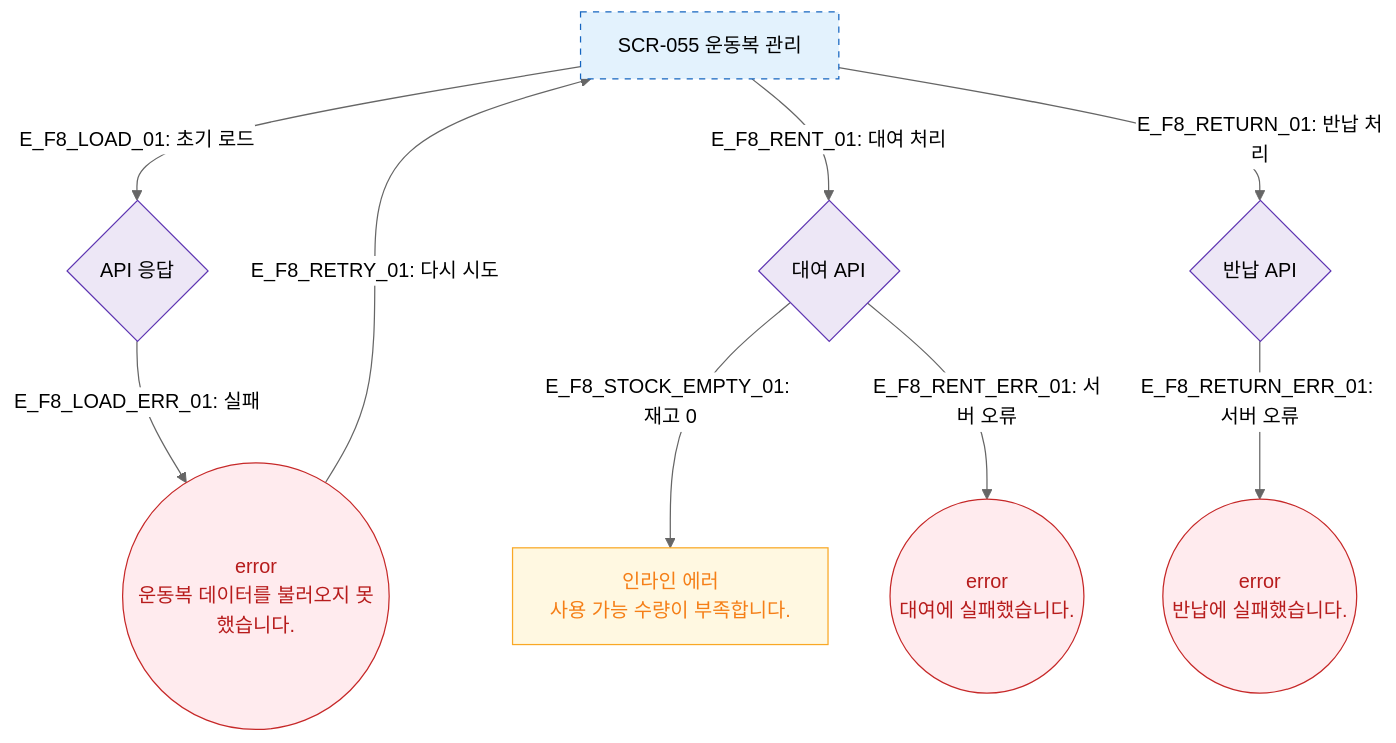
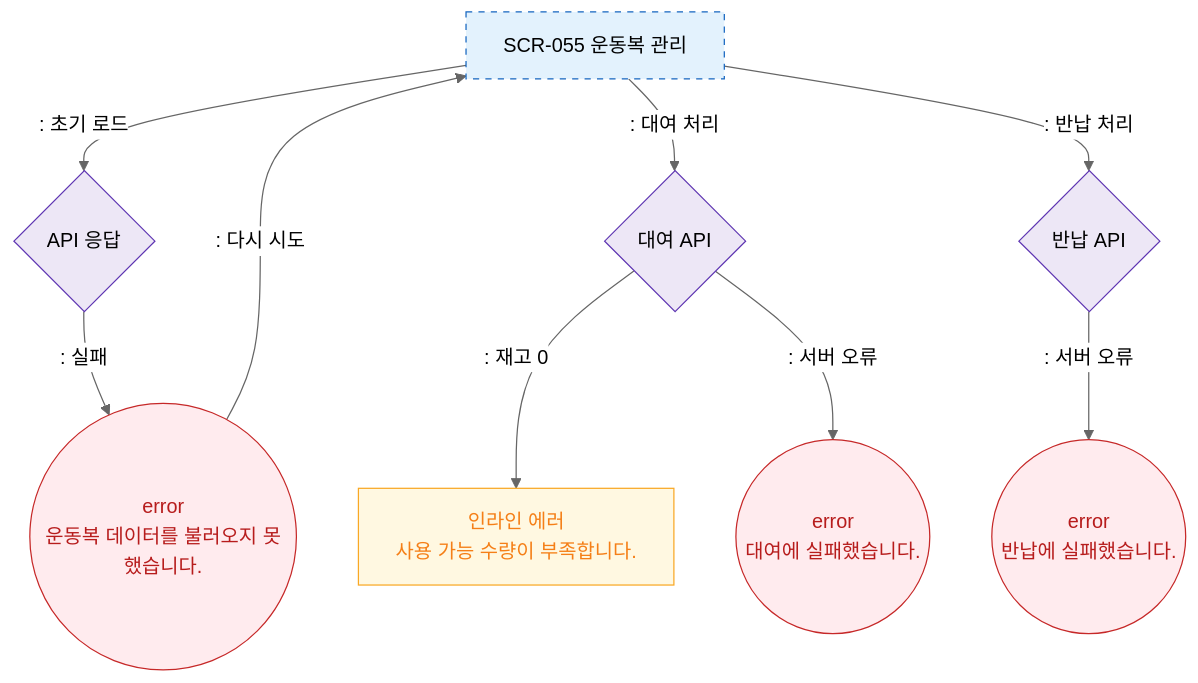
Before and after one commit to dev-spogym/admin-pando: the diagram in docs/다이어그램/D06_시설관리/SCR-055_운동복관리/F8_에러.md, drawn with Mermaid (neutral theme). The commit also changed other lines of this file and 1660 other files, not shown here.

First line of the commit message:
다이어그램: 기획자/클라이언트 납품본으로 정리

````diff
--- a/docs/다이어그램/D06_시설관리/SCR-055_운동복관리/F8_에러.md
+++ b/docs/다이어그램/D06_시설관리/SCR-055_운동복관리/F8_에러.md
@@ -16,24 +14,24 @@
 ```mermaid
 flowchart TD
     SCR_055[SCR-055 운동복 관리]
 
-    SCR_055 -->|"E_F8_LOAD_01: 초기 로드"| LoadAPI{API 응답}
-    LoadAPI -->|"E_F8_LOAD_ERR_01: 실패"| ErrLoad((error\n운동복 데이터를 불러오지 못했습니다.))
-    ErrLoad -->|"E_F8_RETRY_01: 다시 시도"| SCR_055
+    SCR_055 -->|": 초기 로드"|LoadAPI{API 응답}
+    LoadAPI -->|": 실패"|ErrLoad((error\n운동복 데이터를 불러오지 못했습니다.))
+    ErrLoad -->|": 다시 시도"|SCR_055
 
-    SCR_055 -->|"E_F8_RENT_01: 대여 처리"| RentAPI{대여 API}
-    RentAPI -->|"E_F8_STOCK_EMPTY_01: 재고 0"| ErrStock[인라인 에러\n사용 가능 수량이 부족합니다.]
-    RentAPI -->|"E_F8_RENT_ERR_01: 서버 오류"| ErrRent((error\n대여에 실패했습니다.))
+    SCR_055 -->|": 대여 처리"|RentAPI{대여 API}
+    RentAPI -->|": 재고 0"|ErrStock[인라인 에러\n사용 가능 수량이 부족합니다.]
+    RentAPI -->|": 서버 오류"|ErrRent((error\n대여에 실패했습니다.))
 
-    SCR_055 -->|"E_F8_RETURN_01: 반납 처리"| ReturnAPI{반납 API}
-    ReturnAPI -->|"E_F8_RETURN_ERR_01: 서버 오류"| ErrReturn((error\n반납에 실패했습니다.))
+    SCR_055 -->|": 반납 처리"|ReturnAPI{반납 API}
+    ReturnAPI -->|": 서버 오류"|ErrReturn((error\n반납에 실패했습니다.))
 
     classDef screen fill:#E3F2FD,stroke:#1565C0,stroke-dasharray:5 5
     classDef error fill:#FFEBEE,stroke:#C62828,color:#B71C1C
     classDef warning fill:#FFF8E1,stroke:#F9A825,color:#F57F17
     classDef system fill:#EDE7F6,stroke:#5E35B2
     class SCR_055 screen
     class ErrLoad,ErrRent,ErrReturn error
     class ErrStock warning
     class LoadAPI,RentAPI,ReturnAPI system
 ```
````
